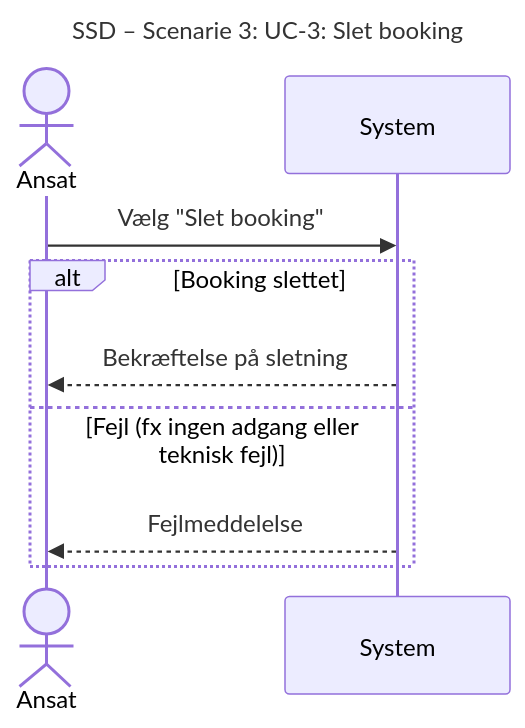
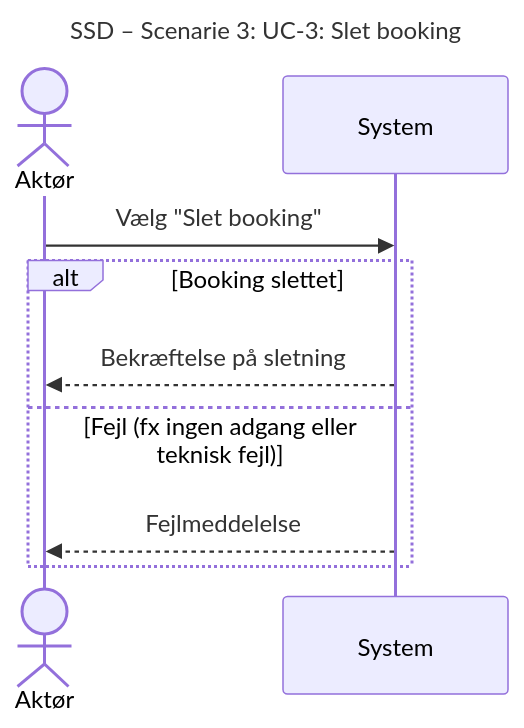
One commit to DMOoF25/TheMovie changed the diagram in docs/Scenarie 3 UC3/SSD S3 UC3.mmd. Above: the diagram before and after it, drawn with Mermaid.

Commit message:
Update SSD S3 UC3.mmd

```diff
--- a/docs/Scenarie 3 UC3/SSD S3 UC3.mmd
+++ b/docs/Scenarie 3 UC3/SSD S3 UC3.mmd
@@ -1,12 +1,12 @@
 sequenceDiagram
 title SSD – Scenarie 3: UC-3: Slet booking
 
-    actor Ansat
+      actor Aktør
     participant System
 
-    Ansat->>System: Vælg "Slet booking"
+    Aktør->>System: Vælg "Slet booking"
     alt Booking slettet
-        System-->>Ansat: Bekræftelse på sletning
+        System-->>Aktør: Bekræftelse på sletning
     else Fejl (fx ingen adgang eller teknisk fejl)
-        System-->>Ansat: Fejlmeddelelse
+        System-->>Aktør: Fejlmeddelelse
     end
```
